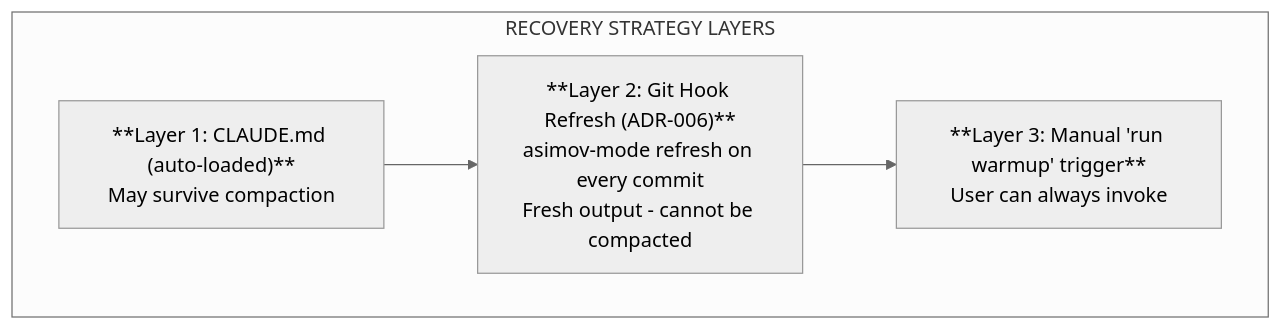
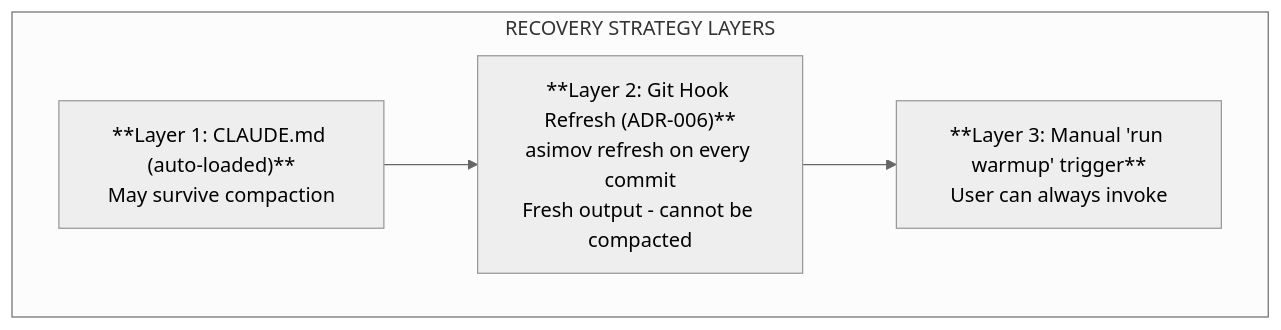
Before and after one commit to royalbit/asimov-protocol: the third of 4 diagrams in docs/SPECIFICATION.md, drawn with Mermaid (neutral theme). The commit also changed other lines of this file and 61 other files, not shown here.

````diff
--- a/docs/SPECIFICATION.md
+++ b/docs/SPECIFICATION.md
@@ -861,10 +861,10 @@
 ```mermaid
 flowchart TB
     subgraph layers["RECOVERY STRATEGY LAYERS"]
         L1["**Layer 1: CLAUDE.md (auto-loaded)**<br/>May survive compaction"]
-        L2["**Layer 2: Git Hook Refresh (ADR-006)**<br/>asimov-mode refresh on every commit<br/>Fresh output - cannot be compacted"]
+        L2["**Layer 2: Git Hook Refresh (ADR-006)**<br/>asimov refresh on every commit<br/>Fresh output - cannot be compacted"]
         L3["**Layer 3: Manual 'run warmup' trigger**<br/>User can always invoke"]
 
         L1 --> L2 --> L3
     end
 ```
````
